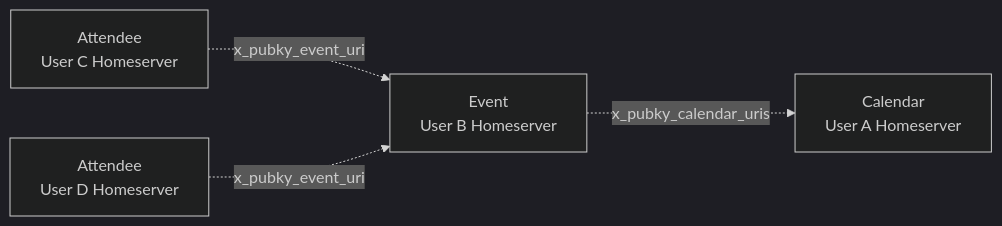
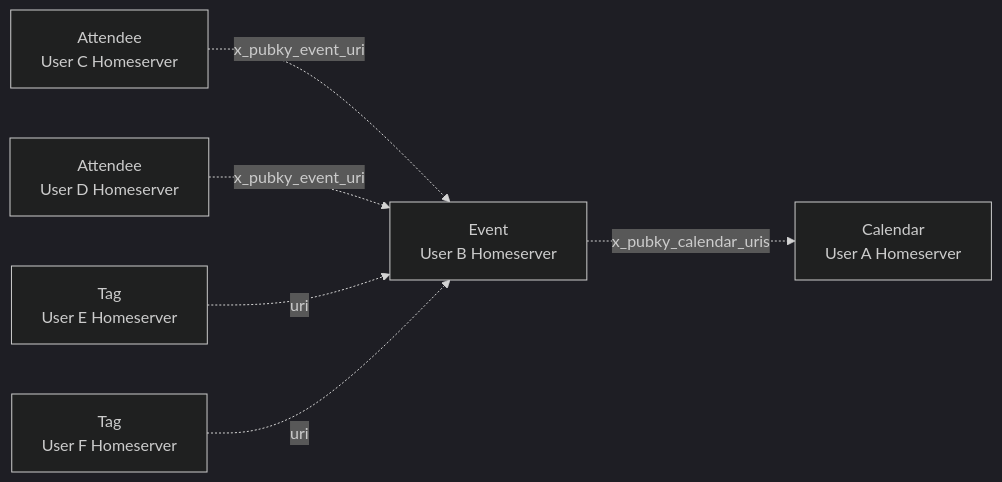
One commit to gillohner/eventky changed the second of 3 diagrams in docs/DATA_MODEL.md. Above: the diagram before and after it, drawn with Mermaid (dark theme). The commit also changed other lines of this file, not shown here.

Commit message:
add tags and recurrence_id to data model docs diagram

````diff
--- a/docs/DATA_MODEL.md
+++ b/docs/DATA_MODEL.md
@@ -53,11 +65,15 @@
 ```mermaid
 graph LR
     A[Calendar<br/>User A Homeserver]
     E[Event<br/>User B Homeserver]
     AT1[Attendee<br/>User C Homeserver]
     AT2[Attendee<br/>User D Homeserver]
+    T1[Tag<br/>User E Homeserver]
+    T2[Tag<br/>User F Homeserver]
     
     E -.x_pubky_calendar_uris.-> A
     AT1 -.x_pubky_event_uri.-> E
     AT2 -.x_pubky_event_uri.-> E
+    T1 -.uri.-> E
+    T2 -.uri.-> E
 ```
````
